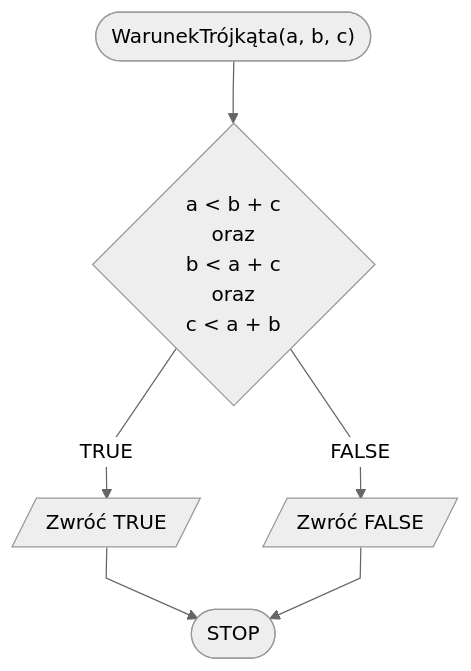
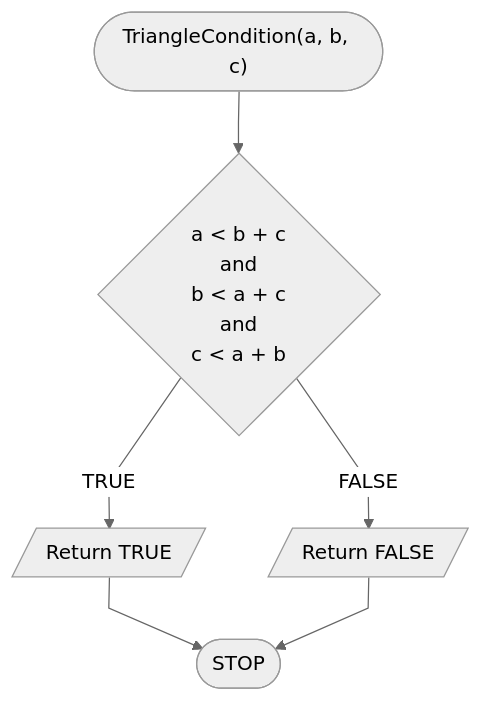
Before and after one commit to blackbat13/edu-cs-htiew-en: the diagram in docs/algorithms/2d-geometry/triangle-condition.md, drawn with Mermaid. The commit also changed other lines of this file and 8 other files, not shown here.

````diff
--- a/docs/algorithms/2d-geometry/triangle-condition.md
+++ b/docs/algorithms/2d-geometry/triangle-condition.md
@@ -34,13 +34,13 @@
 ```mermaid
 %%{init: {"flowchart": {"curve": "linear"}, "theme": "neutral"} }%%
 flowchart TD
-    START(["WarunekTrójkąta(a, b, c)"]) --> K1{"a < b + c
-    oraz
+    START(["TriangleCondition(a, b, c)"]) --> K1{"a < b + c
+    and
     b < a + c
-    oraz
+    and
     c < a + b"}
-    K1 -- TRUE --> K2[/Zwróć TRUE/]
+    K1 -- TRUE --> K2[/Return TRUE/]
     K2 --> STOP([STOP])
-    K1 -- FALSE --> K4[/Zwróć FALSE/]
+    K1 -- FALSE --> K4[/Return FALSE/]
     K4 --> STOP
 ```
````
